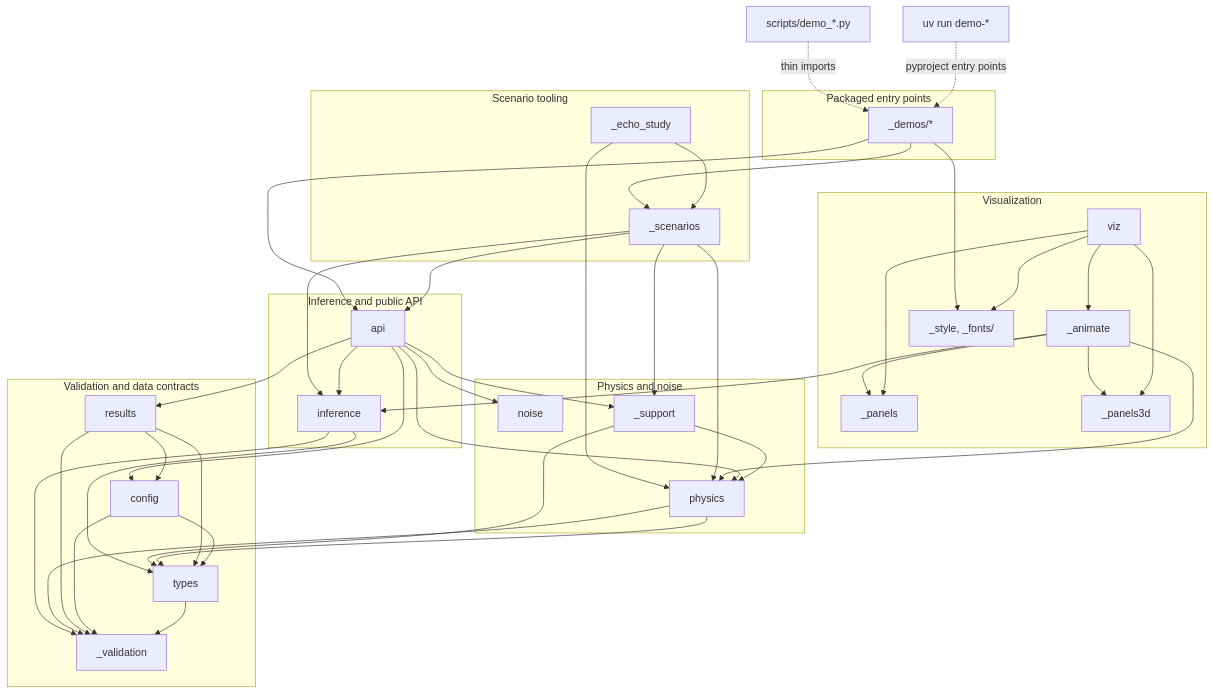
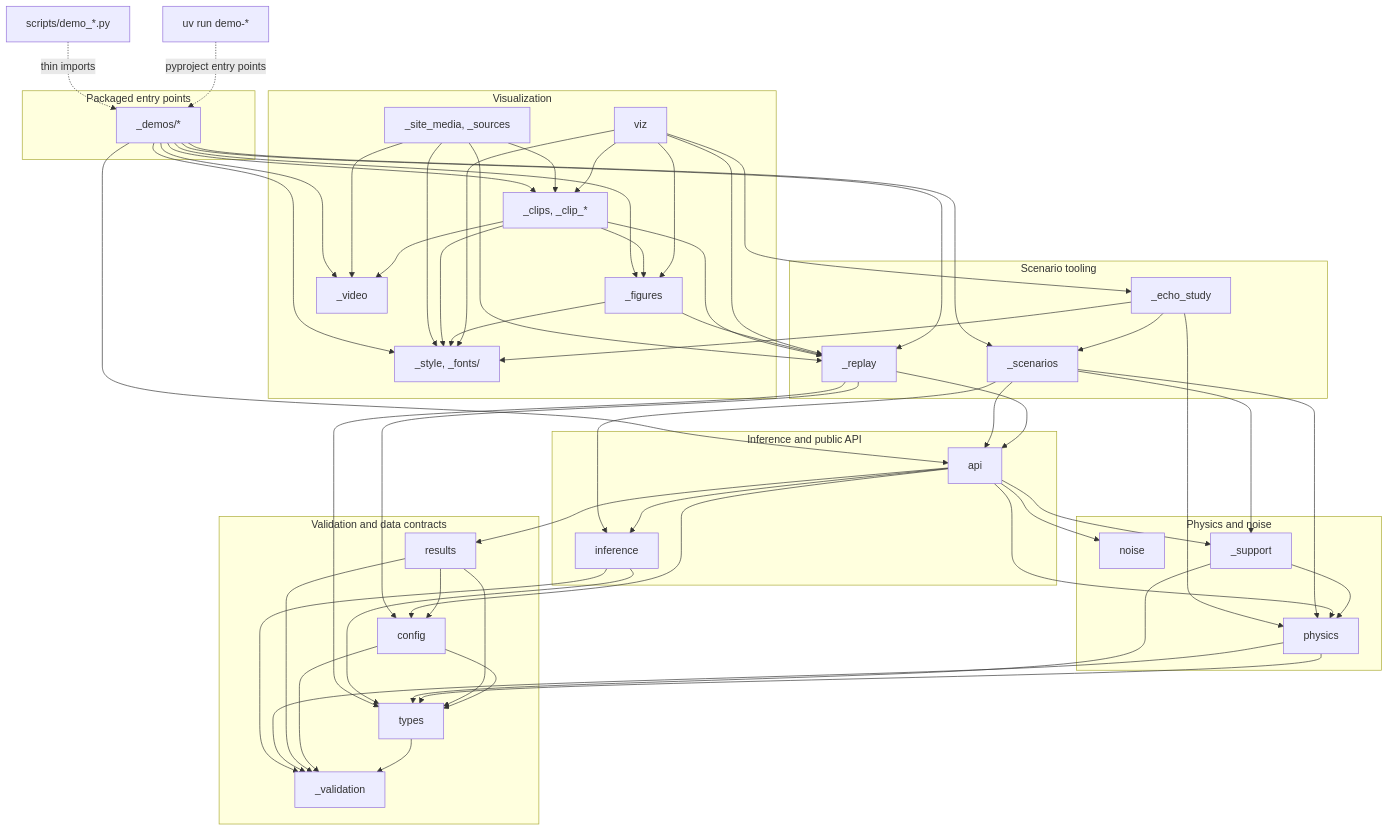
Before and after one commit to jbwhit/clocks: the diagram in site/reproduce/architecture.qmd, drawn with Mermaid. The commit also changed other lines of this file and 8 other files, not shown here.

```diff
--- a/site/reproduce/architecture.qmd
+++ b/site/reproduce/architecture.qmd
@@ -26,14 +26,16 @@
     end
     subgraph vis["Visualization"]
         viz
-        animate["_animate"]
-        panels["_panels"]
-        panels3d["_panels3d"]
+        figures["_figures"]
+        clips["_clips, _clip_*"]
+        video["_video"]
+        sitemedia["_site_media, _sources"]
         figstyle["_style, _fonts/"]
     end
     subgraph scenarios["Scenario tooling"]
         scenario["_scenarios"]
         echo["_echo_study"]
+        replay["_replay"]
     end
     subgraph entry["Packaged entry points"]
         demos["_demos/*"]
@@ -59,22 +61,37 @@
     api --> noise
     api --> physics
     api --> results
-    viz --> animate
-    viz --> panels
-    viz --> panels3d
+    viz --> figures
+    viz --> clips
+    viz --> echo
+    viz --> replay
     viz --> figstyle
-    animate --> inference
-    animate --> physics
-    animate --> panels
-    animate --> panels3d
+    figures --> replay
+    figures --> figstyle
+    clips --> figures
+    clips --> replay
+    clips --> video
+    clips --> figstyle
+    sitemedia --> clips
+    sitemedia --> replay
+    sitemedia --> video
+    sitemedia --> figstyle
+    replay --> api
+    replay --> config
+    replay --> types
     scenario --> support
     scenario --> api
     scenario --> inference
     scenario --> physics
     echo --> scenario
     echo --> physics
+    echo --> figstyle
     demos --> api
     demos --> scenario
+    demos --> replay
+    demos --> figures
+    demos --> clips
+    demos --> video
     demos --> figstyle
     console -. "pyproject entry points" .-> demos
     wrappers -. "thin imports" .-> demos
```
